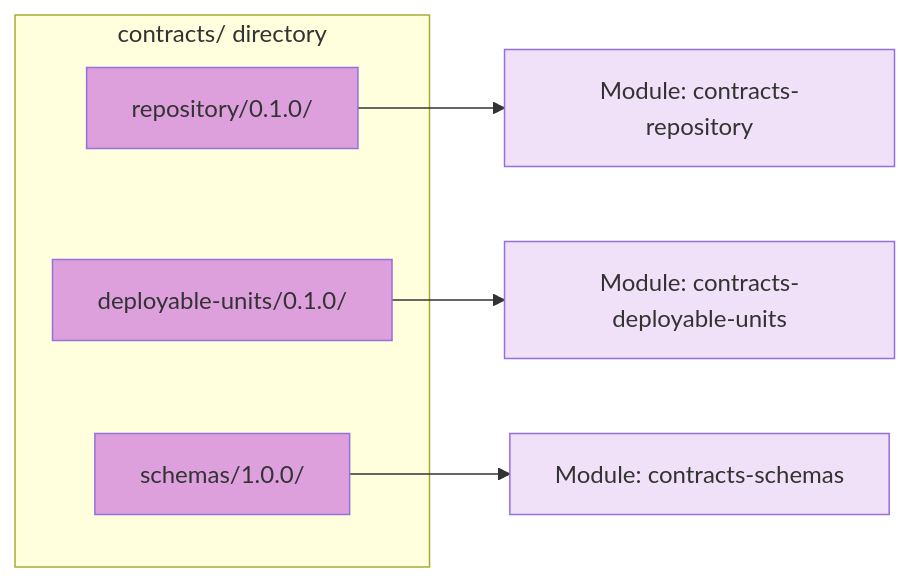
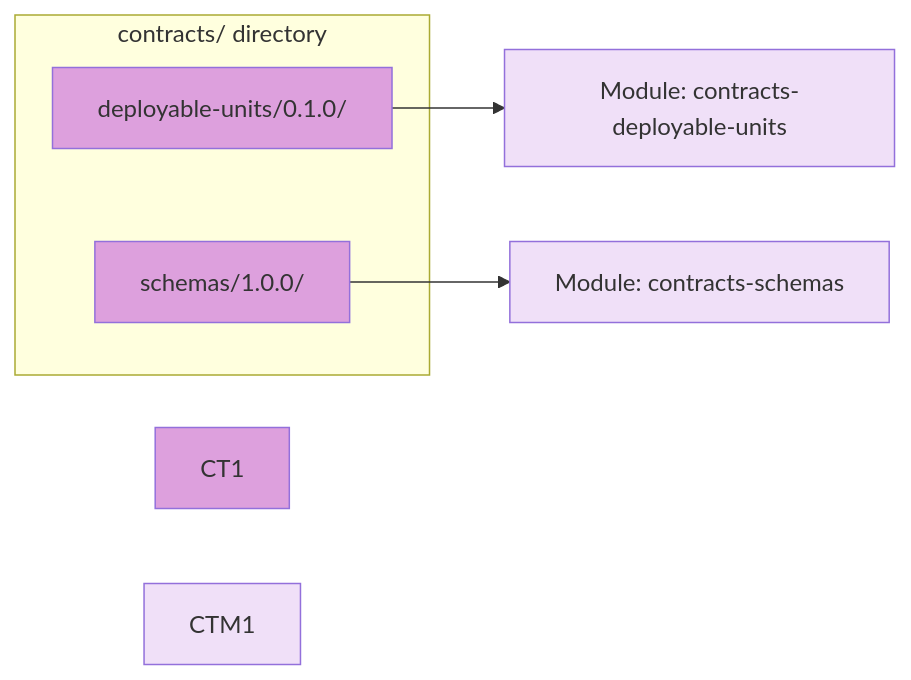
One commit to ready-to-release/eac changed the sixth of 13 diagrams in docs/guide/module-detection.md. Above: the diagram before and after it, drawn with Mermaid. The commit also changed other lines of this file and 28 other files, not shown here.

````diff
--- a/docs/guide/module-detection.md
+++ b/docs/guide/module-detection.md
@@ -196,19 +199,17 @@
 ```mermaid
 graph LR
     subgraph "contracts/ directory"
-        CT1["repository/0.1.0/"]
         CT2["deployable-units/0.1.0/"]
         CT3["schemas/1.0.0/"]
     end
 
-    CT1 --> CTM1["Module: contracts-repository"]
     CT2 --> CTM2["Module: contracts-deployable-units"]
     CT3 --> CTM3["Module: contracts-schemas"]
 
     style CT1 fill:#DDA0DD
     style CT2 fill:#DDA0DD
     style CT3 fill:#DDA0DD
     style CTM1 fill:#F0E0F8
     style CTM2 fill:#F0E0F8
     style CTM3 fill:#F0E0F8
 ```
````
